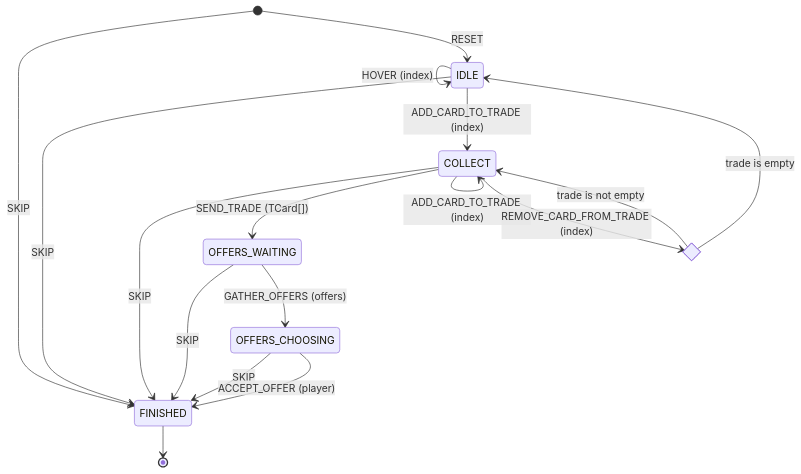
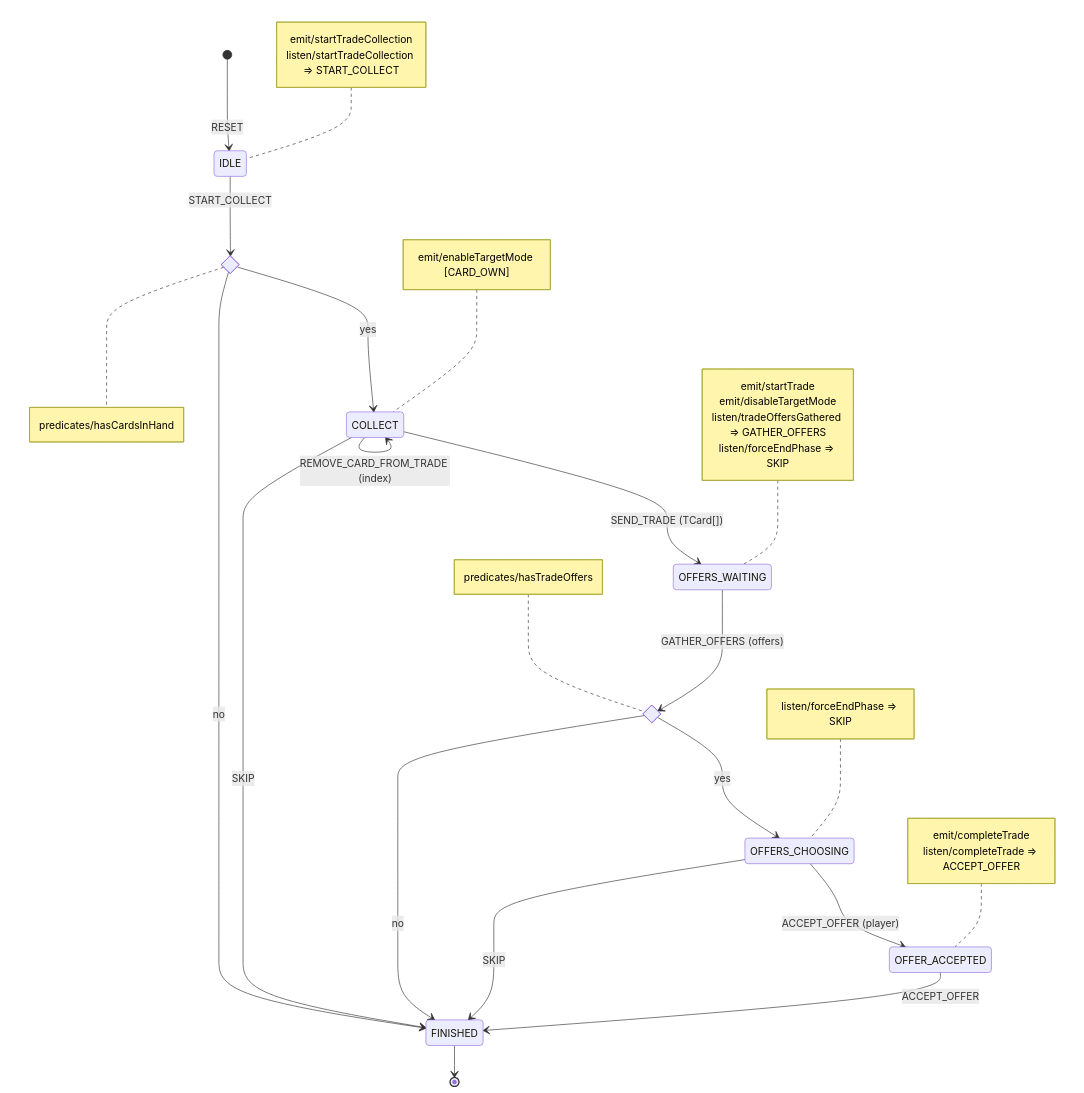
The seventh of 10 diagrams in docs/diagrams.md (tfcp68/battle-farm), drawn with Mermaid before and after one commit. The commit also changed other lines of this file and 6 other files, not shown here.

Commit message:
more specific diagrams; make state machines match diagrams

````diff
--- a/docs/diagrams.md
+++ b/docs/diagrams.md
@@ -198,21 +253,47 @@
 ```mermaid
 stateDiagram-v2
-[*]-->FINISHED: SKIP
 [*]-->IDLE: RESET
-COLLECT-->FINISHED: SKIP
-OFFERS_WAITING-->FINISHED: SKIP
-OFFERS_CHOOSING-->FINISHED: SKIP
-IDLE-->FINISHED: SKIP
-COLLECT-->OFFERS_WAITING: SEND_TRADE (TCard[])
+note left of IDLE
+emit/startTradeCollection
+listen/startTradeCollection => START_COLLECT
+end note
+state hasCardsInHand <<choice>>
+note right of hasCardsInHand
+predicates/hasCardsInHand
+end note
+IDLE-->hasCardsInHand: START_COLLECT
+hasCardsInHand-->COLLECT: yes
+note left of COLLECT
+emit/enableTargetMode [CARD_OWN]
+end note
 COLLECT-->COLLECT: HOVER (index)
 COLLECT-->COLLECT: ADD_CARD_TO_TRADE (index)
-state remove_last <<choice>>
-COLLECT-->remove_last: REMOVE_CARD_FROM_TRADE (index)
-remove_last-->IDLE: trade is empty
-remove_last-->COLLECT: trade is not empty 
-OFFERS_CHOOSING-->FINISHED: ACCEPT_OFFER (player)
-IDLE-->IDLE: HOVER (index)
-IDLE-->COLLECT: ADD_CARD_TO_TRADE (index)
-OFFERS_WAITING-->OFFERS_CHOOSING: GATHER_OFFERS (offers)
+COLLECT-->COLLECT: REMOVE_CARD_FROM_TRADE (index)
+hasCardsInHand-->FINISHED: no
+COLLECT-->FINISHED: SKIP
+COLLECT-->OFFERS_WAITING: SEND_TRADE (TCard[])
+note left of OFFERS_WAITING
+emit/startTrade
+emit/disableTargetMode
+listen/tradeOffersGathered => GATHER_OFFERS
+listen/forceEndPhase => SKIP
+end note
+state hasOffers <<choice>>
+note left of hasOffers
+predicates/hasTradeOffers
+end note
+OFFERS_WAITING--> hasOffers: GATHER_OFFERS (offers)
+hasOffers-->OFFERS_CHOOSING: yes
+hasOffers-->FINISHED: no
+note left of OFFERS_CHOOSING
+listen/forceEndPhase => SKIP
+end note
+OFFERS_CHOOSING-->FINISHED: SKIP
+OFFERS_CHOOSING-->OFFER_ACCEPTED: ACCEPT_OFFER (player)
+note left of OFFER_ACCEPTED
+emit/completeTrade
+listen/completeTrade => ACCEPT_OFFER
+end note
+OFFER_ACCEPTED-->FINISHED: ACCEPT_OFFER
 FINISHED --> [*]
 ```
````
